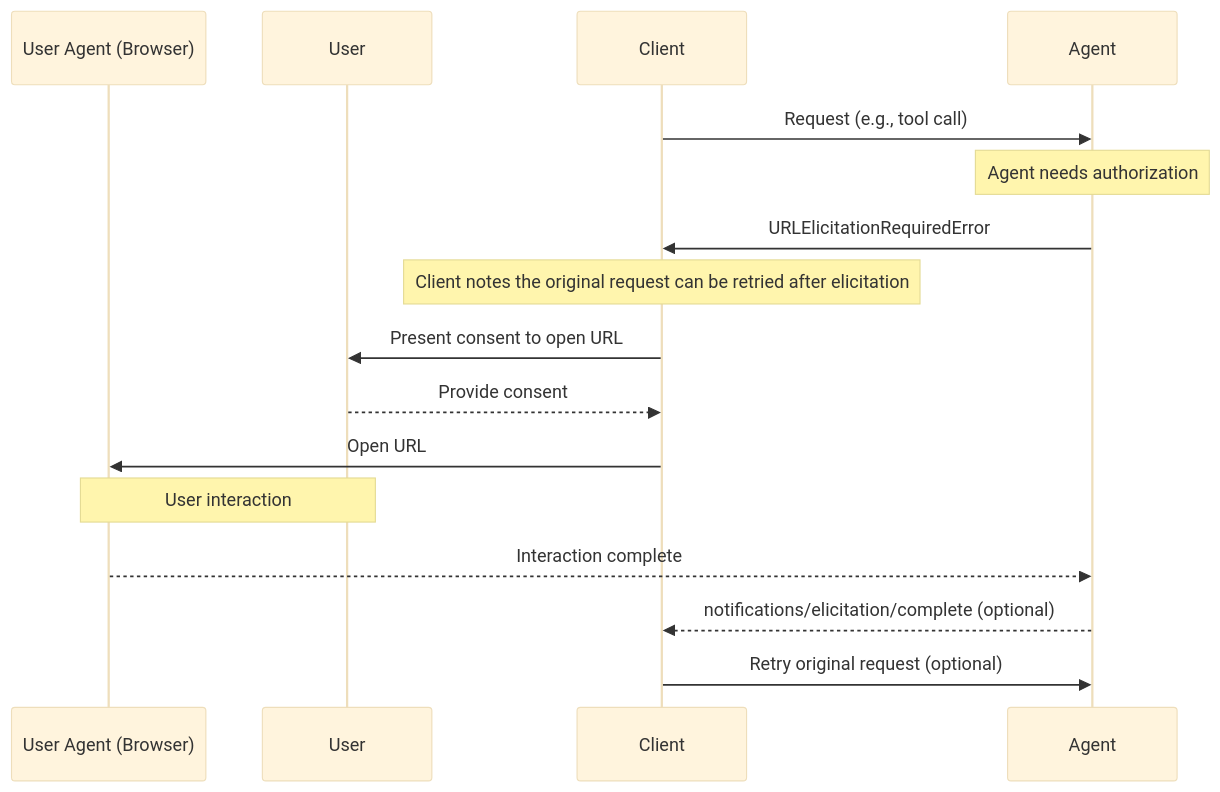
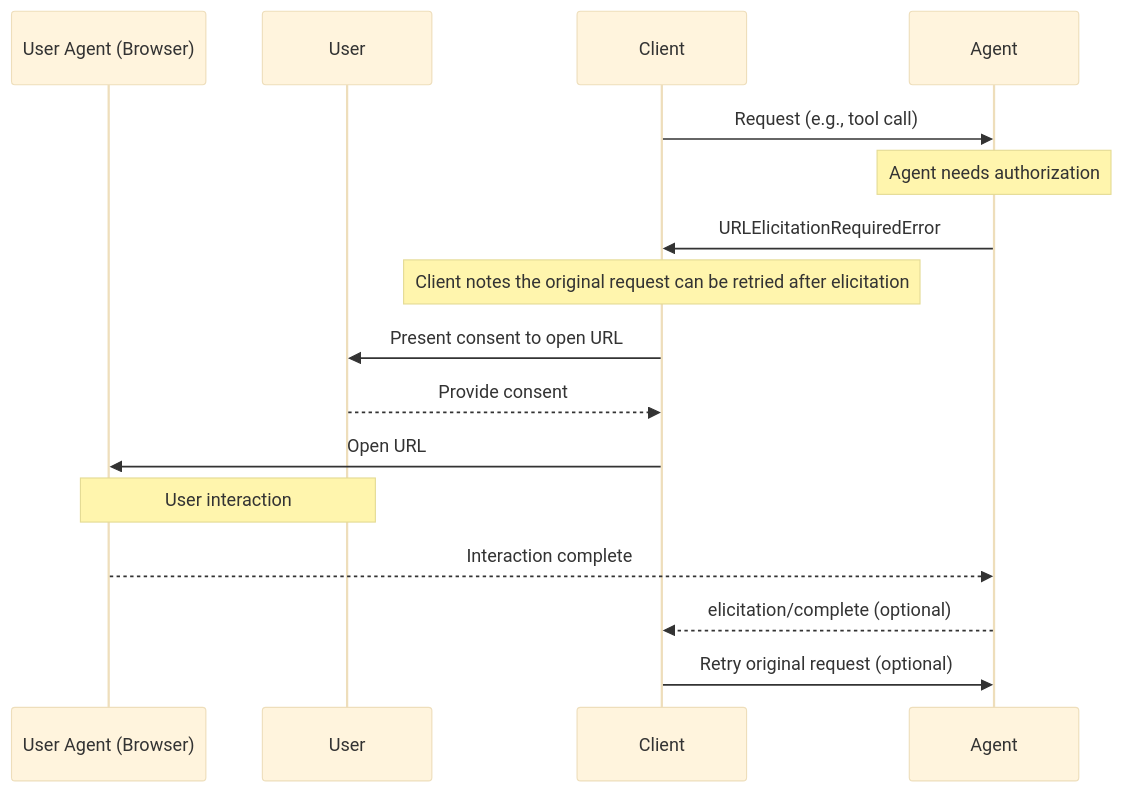
The third of 3 diagrams in docs/rfds/elicitation.mdx (agentclientprotocol/agent-client-protocol), drawn with Mermaid (base theme) before and after one commit. The commit also changed other lines of this file and 7 other files, not shown here.

````diff
--- a/docs/rfds/elicitation.mdx
+++ b/docs/rfds/elicitation.mdx
@@ -501,25 +503,25 @@
 ```mermaid
 sequenceDiagram
     participant UserAgent as User Agent (Browser)
     participant User
     participant Client
     participant Agent
 
     Client->>Agent: Request (e.g., tool call)
 
     Note over Agent: Agent needs authorization
     Agent->>Client: URLElicitationRequiredError
     Note over Client: Client notes the original request can be retried after elicitation
 
     Client->>User: Present consent to open URL
     User-->>Client: Provide consent
 
     Client->>UserAgent: Open URL
 
     Note over User,UserAgent: User interaction
 
     UserAgent-->>Agent: Interaction complete
-    Agent-->>Client: notifications/elicitation/complete (optional)
+    Agent-->>Client: elicitation/complete (optional)
 
     Client->>Agent: Retry original request (optional)
 ```
````
